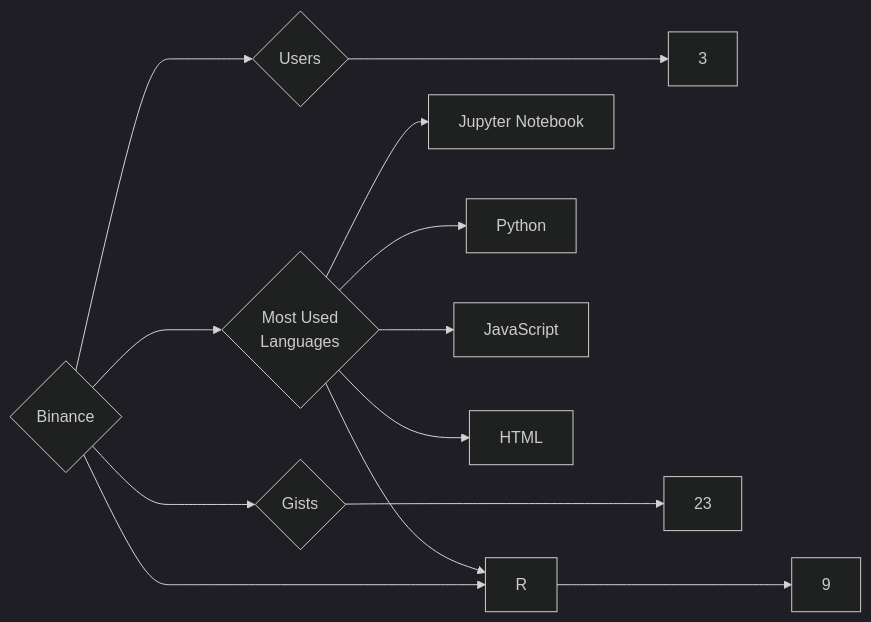
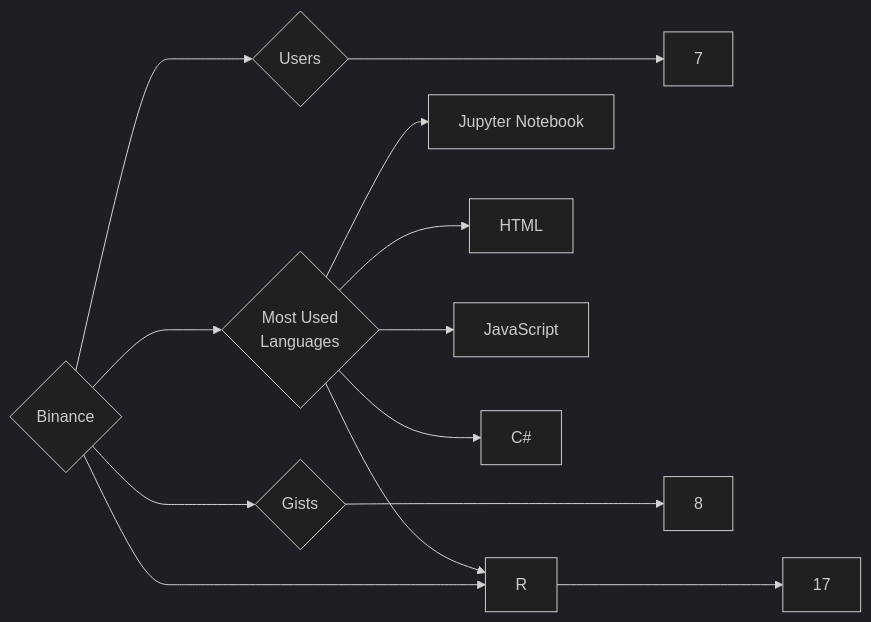
The diagram in targets/Binance/README.md (trickest/insiders), drawn with Mermaid (dark theme) before and after one commit. The commit also changed 938 other files, not shown here.

````diff
--- a/targets/Binance/README.md
+++ b/targets/Binance/README.md
@@ -3,13 +3,13 @@
 ```mermaid
 graph LR
 COMPANY_NAME{Binance}
-COMPANY_NAME ---> U{Users} ---> UN[3]
-COMPANY_NAME ---> R{Repositories} ---> RN[9]
-COMPANY_NAME ---> G{Gists} ---> GN[23]
+COMPANY_NAME ---> U{Users} ---> UN[7]
+COMPANY_NAME ---> R{Repositories} ---> RN[17]
+COMPANY_NAME ---> G{Gists} ---> GN[8]
 COMPANY_NAME ---> ML{Most Used<br>Languages}
 ML --> Jupyter_Notebook[Jupyter Notebook]
+ML --> HTML[HTML]
+ML --> JavaScript[JavaScript]
+ML --> C#[C#]
 ML --> R[R]
-ML --> Python[Python]
-ML --> JavaScript[JavaScript]
-ML --> HTML[HTML]
 ```
````
